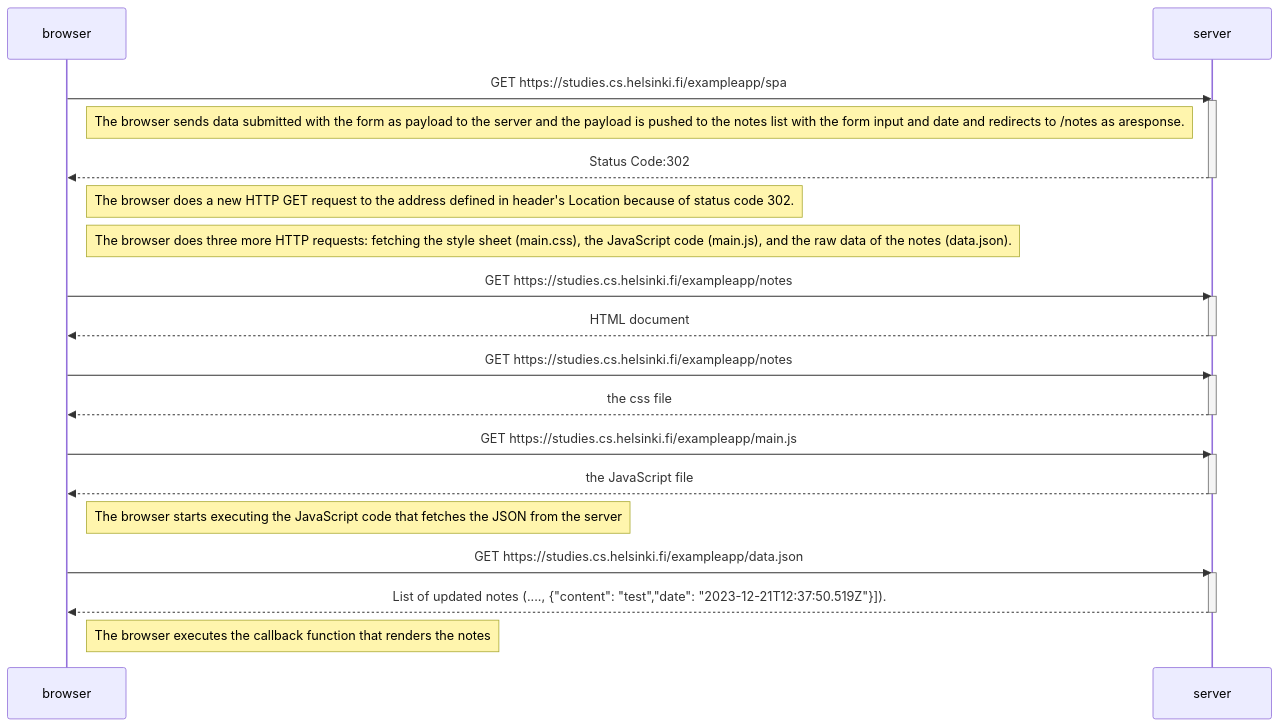
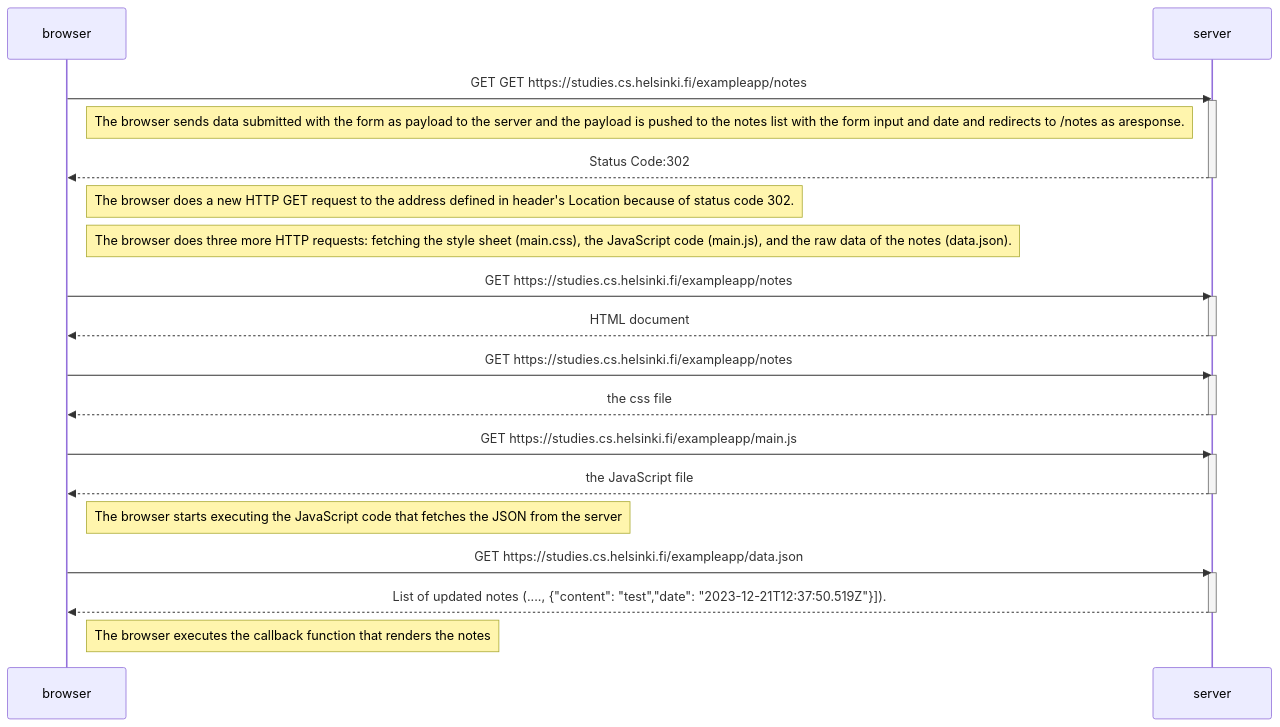
One commit to stha-sulav/Exercises changed the diagram in part0/New note diagram.md. Above: the diagram before and after it, drawn with Mermaid.

Commit message:
new page

````diff
--- a/part0/New note diagram.md
+++ b/part0/New note diagram.md
@@ -1,39 +1,39 @@
 ```mermaid
 sequenceDiagram
     participant browser
     participant server
 
-    browser->>server: GET https://studies.cs.helsinki.fi/exampleapp/spa
+    browser->>server: GET GET https://studies.cs.helsinki.fi/exampleapp/notes
     activate server
     Note right of browser: The browser sends data submitted with the form as payload to the server and the payload is pushed to the notes list with the form input and date and redirects to /notes as aresponse.
     server-->>browser: Status Code:302
     deactivate server
 
     Note right of browser: The browser does a new HTTP GET request to the address defined in header's Location because of status code 302.
     Note right of browser: The browser does three more HTTP requests: fetching the style sheet (main.css), the JavaScript code (main.js), and the raw data of the notes (data.json).
 
     browser->>server: GET https://studies.cs.helsinki.fi/exampleapp/notes
     activate server
     server-->>browser: HTML document
     deactivate server
 
     browser->>server: GET https://studies.cs.helsinki.fi/exampleapp/notes
     activate server
     server-->>browser: the css file
     deactivate server
 
     browser->>server: GET https://studies.cs.helsinki.fi/exampleapp/main.js
     activate server
     server-->>browser: the JavaScript file
     deactivate server
 
     Note right of browser: The browser starts executing the JavaScript code that fetches the JSON from the server
 
     browser->>server: GET https://studies.cs.helsinki.fi/exampleapp/data.json
     activate server
     server-->>browser: List of updated notes (...., {"content": "test","date": "2023-12-21T12:37:50.519Z"}]).
     deactivate server
 
     Note right of browser: The browser executes the callback function that renders the notes
 
 ```
````
